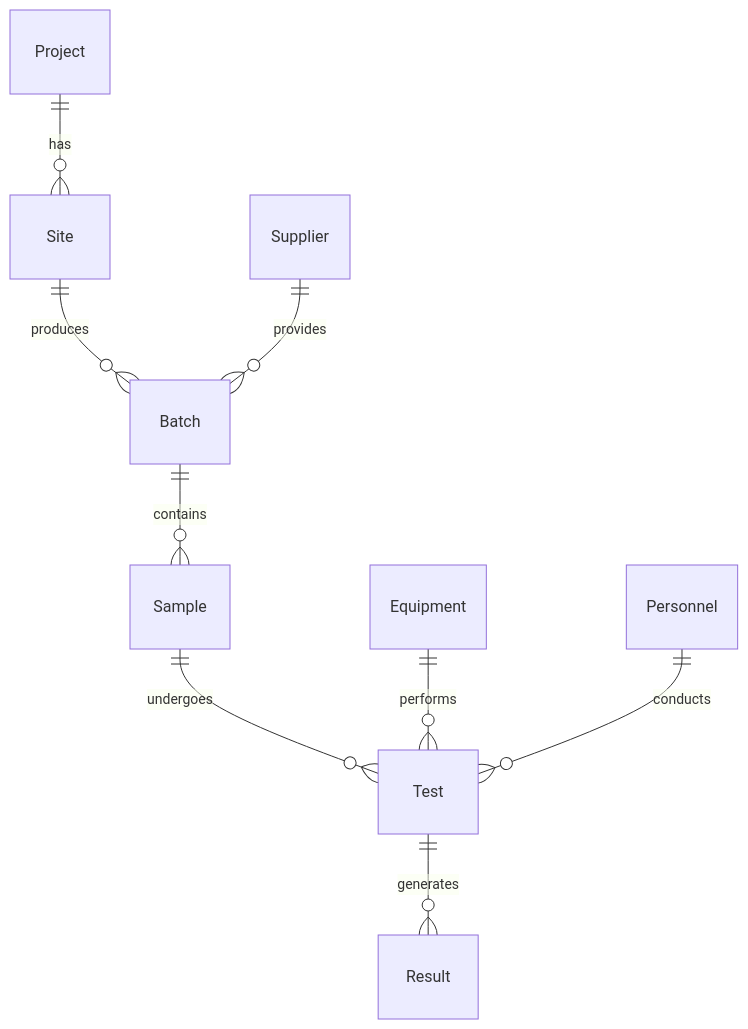
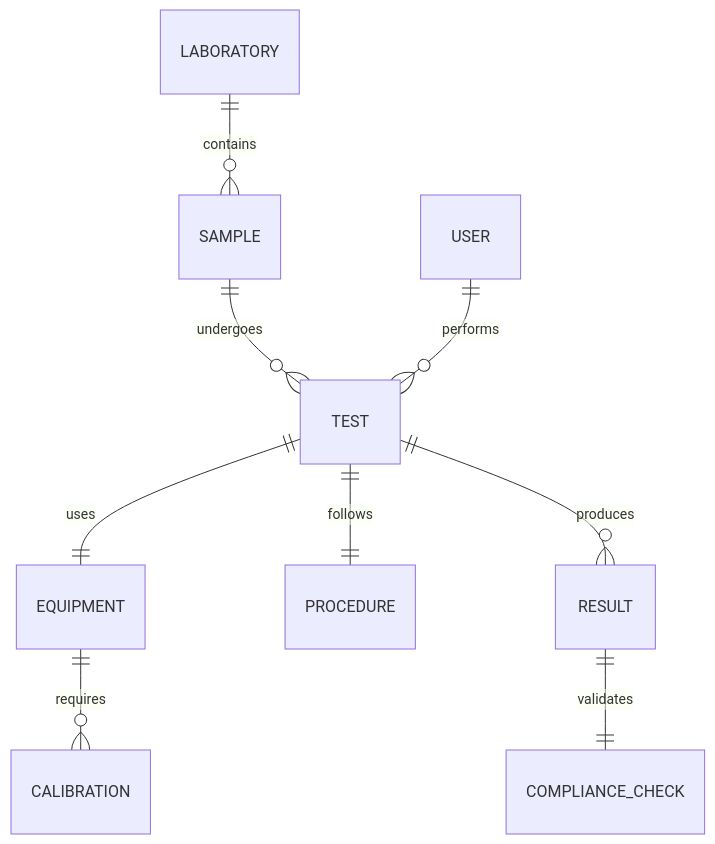
Before and after one commit to JavaAddictedDev/concrete-quality-control: the second of 2 diagrams in README.md, drawn with Mermaid. The commit also changed other lines of this file, not shown here.

````diff
--- a/README.md
+++ b/README.md
@@ -152,11 +111,11 @@
 ```mermaid
 erDiagram
-    Project ||--o{ Site : has
-    Site ||--o{ Batch : produces
-    Batch ||--o{ Sample : contains
-    Sample ||--o{ Test : undergoes
-    Test ||--o{ Result : generates
-    Supplier ||--o{ Batch : provides
-    Equipment ||--o{ Test : performs
-    Personnel ||--o{ Test : conducts
+    LABORATORY ||--o{ SAMPLE : contains
+    SAMPLE ||--o{ TEST : undergoes
+    TEST ||--|| EQUIPMENT : uses
+    TEST ||--|| PROCEDURE : follows
+    TEST ||--o{ RESULT : produces
+    RESULT ||--|| COMPLIANCE_CHECK : validates
+    USER ||--o{ TEST : performs
+    EQUIPMENT ||--o{ CALIBRATION : requires
 ```
````
